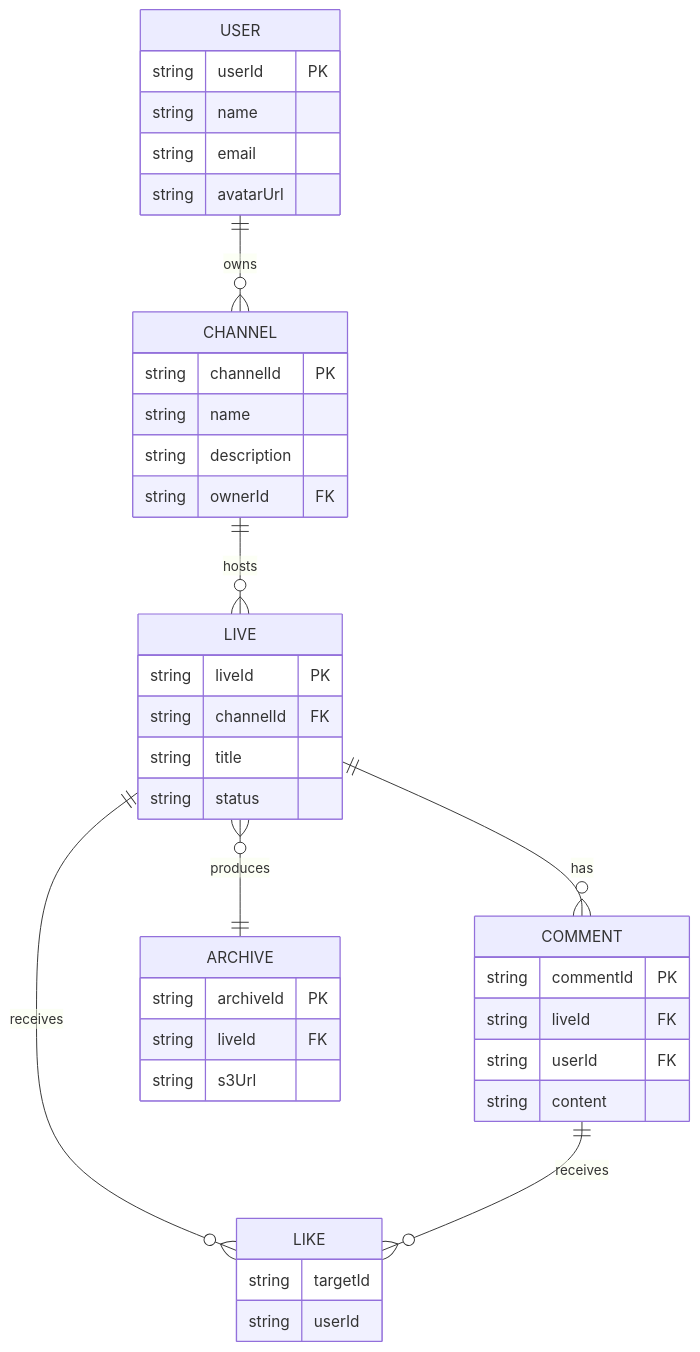
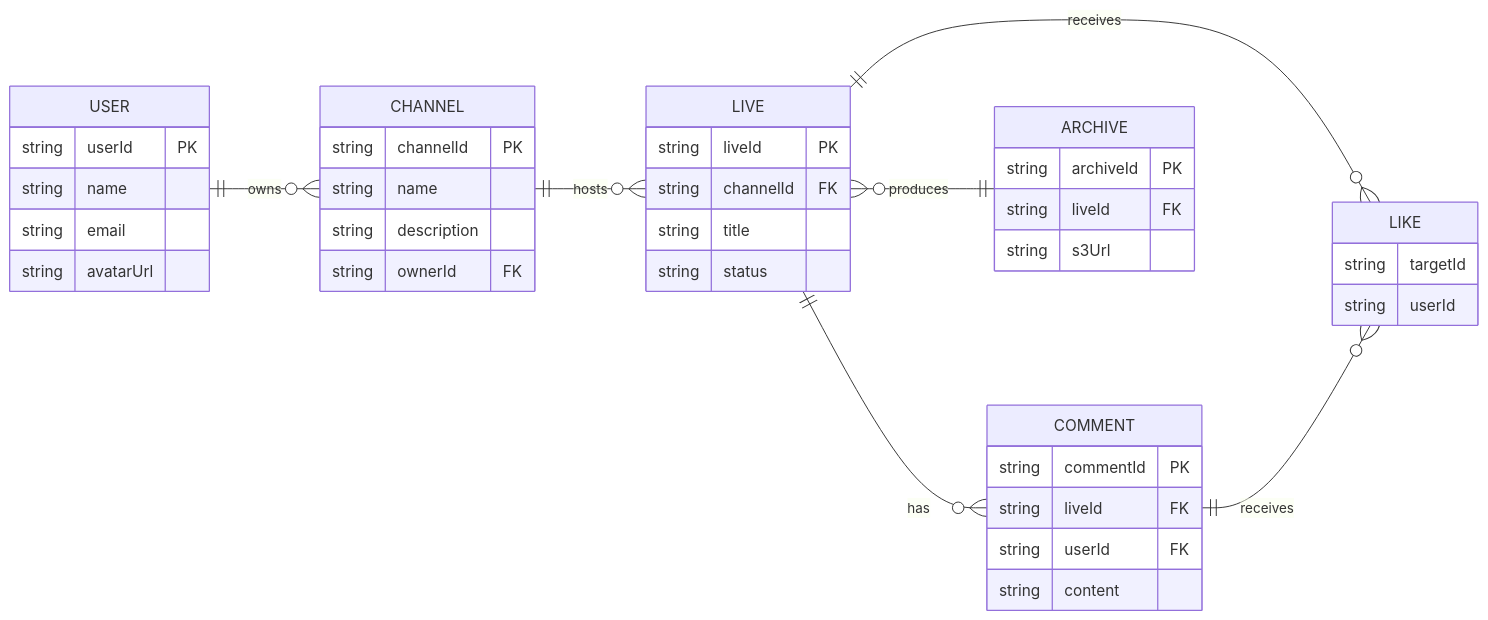
The diagram in design/DB/ER図.md (Syota622/cdk_live), drawn with Mermaid before and after one commit.

Commit message:
横向き

````diff
--- a/design/DB/ER図.md
+++ b/design/DB/ER図.md
@@ -1,49 +1,52 @@
 ```mermaid
 erDiagram
+
+  direction LR
+
   USER ||--o{ CHANNEL : owns
   CHANNEL ||--o{ LIVE : hosts
   LIVE ||--o{ COMMENT : has
   LIVE }o--|| ARCHIVE : produces
   LIVE ||--o{ LIKE : receives
   COMMENT ||--o{ LIKE : receives
 
   USER {
     string userId PK
     string name
     string email
     string avatarUrl
   }
 
   CHANNEL {
     string channelId PK
     string name
     string description
     string ownerId FK
   }
 
   LIVE {
     string liveId PK
     string channelId FK
     string title
     string status
   }
 
   ARCHIVE {
     string archiveId PK
     string liveId FK
     string s3Url
   }
 
   COMMENT {
     string commentId PK
     string liveId FK
     string userId FK
     string content
   }
 
   LIKE {
     string targetId
     string userId
   }
 
 ```
````
